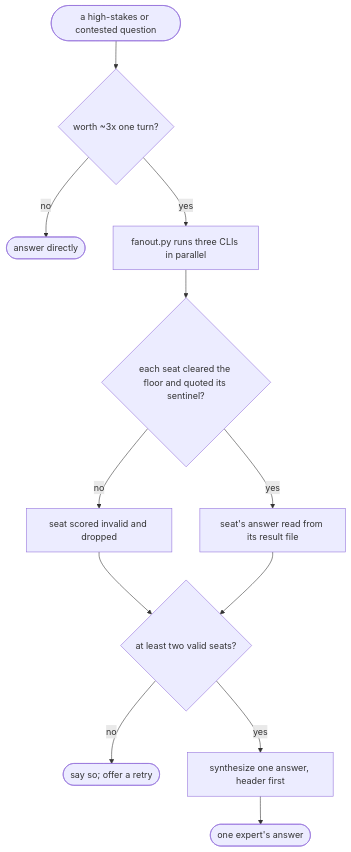
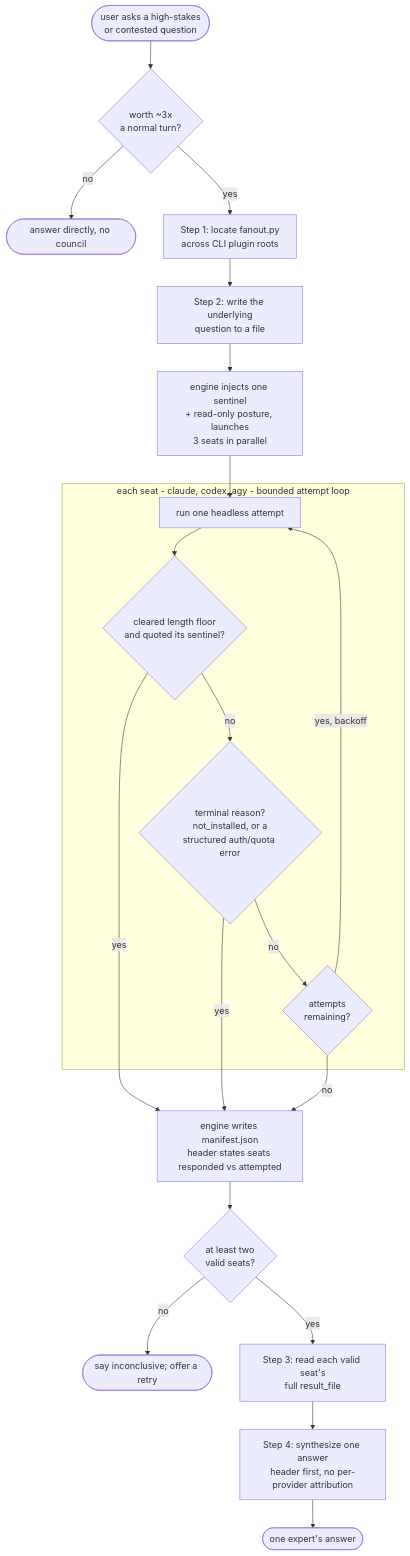
One commit to khenrix/khenrix-utils changed the diagram in docs/skill-charts/llm-council.md. Above: the diagram before and after it, drawn with Mermaid. The commit also changed other lines of this file and 10 other files, not shown here.

First line of the commit message:
docs(charts): re-author all 12 flowcharts to real depth

````diff
--- a/docs/skill-charts/llm-council.md
+++ b/docs/skill-charts/llm-council.md
@@ -3,15 +9,29 @@
 ```mermaid
 flowchart TD
-    accTitle: llm-council flow
-    START([a high-stakes or contested question]) --> G_JUSTIFIES{worth ~3x one turn?}
-    G_JUSTIFIES -- no --> ANSWER([answer directly])
-    G_JUSTIFIES -- yes --> FAN[fanout.py runs three CLIs in parallel]
-    FAN --> G_VALID{each seat cleared the floor and quoted its sentinel?}
-    G_VALID -- no --> DROP[seat scored invalid and dropped]
-    G_VALID -- yes --> KEEP[seat's answer read from its result file]
-    DROP --> G_TWO{at least two valid seats?}
-    KEEP --> G_TWO
-    G_TWO -- no --> INCONCLUSIVE([say so; offer a retry])
-    G_TWO -- yes --> SYNTH[synthesize one answer, header first]
+    accTitle: llm-council fan-out and synthesis flow
+    accDescr: Fan one question out to three CLIs in parallel - cost-gate, locate the engine, inject one sentinel and read-only posture, then each seat runs a bounded attempt loop of valid, terminal failure, or retry until the engine writes a manifest. Two or more valid seats synthesize into one answer; fewer than two is reported inconclusive.
+
+    START([user asks a high-stakes<br/>or contested question]) --> G_JUSTIFIES{worth ~3x<br/>a normal turn?}
+    G_JUSTIFIES -- "no" --> ANSWER([answer directly, no council])
+    G_JUSTIFIES -- "yes" --> LOCATE[Step 1: locate fanout.py<br/>across CLI plugin roots]
+    LOCATE --> BUILD[Step 2: write the underlying<br/>question to a file]
+    BUILD --> FANOUT[engine injects one sentinel<br/>+ read-only posture, launches<br/>3 seats in parallel]
+
+    subgraph SEAT ["each seat - claude, codex, agy - bounded attempt loop"]
+        ATTEMPT[run one headless attempt] --> G_VALID{cleared length floor<br/>and quoted its sentinel?}
+        G_VALID -- "no" --> G_TERMINAL{terminal reason?<br/>not_installed, or a<br/>structured auth/quota error}
+        G_TERMINAL -- "no" --> G_ATTEMPTS{attempts<br/>remaining?}
+        G_ATTEMPTS -- "yes, backoff" --> ATTEMPT
+    end
+
+    FANOUT --> ATTEMPT
+    MANIFEST[engine writes manifest.json<br/>header states seats responded vs attempted]
+    G_VALID -- "yes" --> MANIFEST
+    G_TERMINAL -- "yes" --> MANIFEST
+    G_ATTEMPTS -- "no" --> MANIFEST
+    MANIFEST --> G_TWO{at least two<br/>valid seats?}
+    G_TWO -- "no" --> INCONCLUSIVE([say inconclusive; offer a retry])
+    G_TWO -- "yes" --> READ[Step 3: read each valid seat's<br/>full result_file]
+    READ --> SYNTH[Step 4: synthesize one answer<br/>header first, no per-provider attribution]
     SYNTH --> DONE([one expert's answer])
 ```
````
